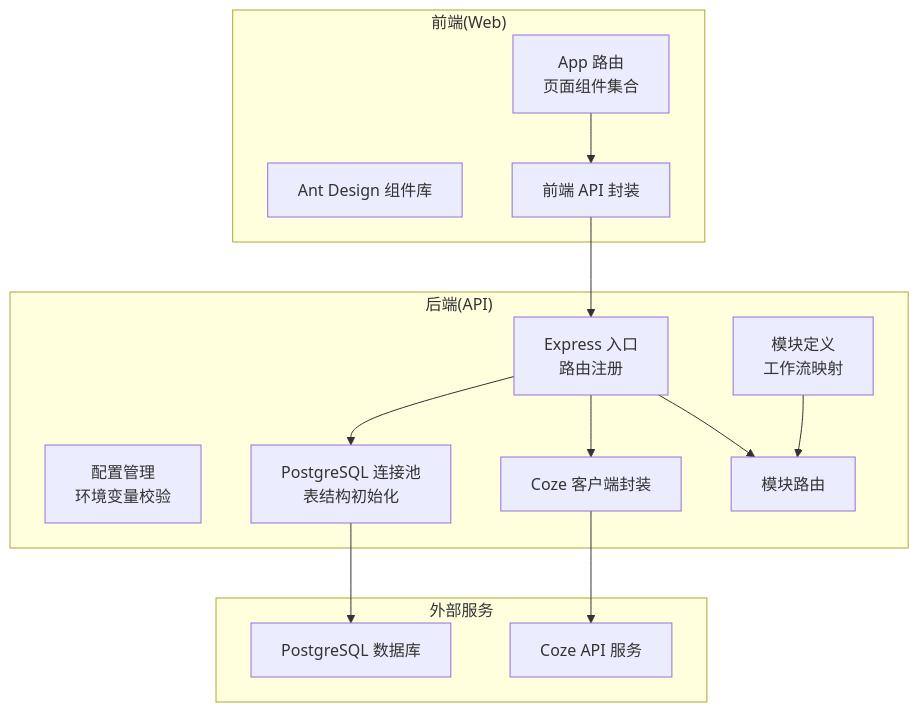
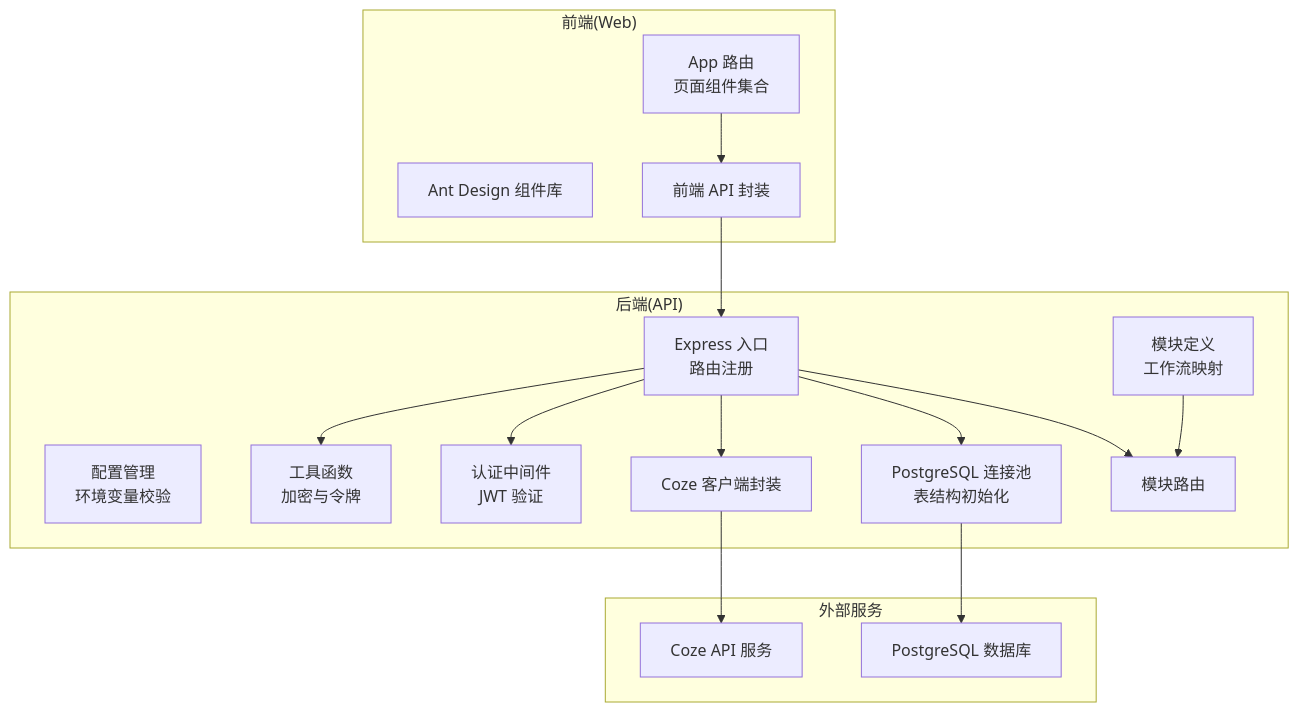
One commit to hanksd769-droid/sailshub changed the first of 8 diagrams in .qoder/repowiki/zh/content/项目概述/项目介绍.md. Above: the diagram before and after it, drawn with Mermaid. The commit also changed other lines of this file and 4 other files, not shown here.

````diff
--- a/.qoder/repowiki/zh/content/项目概述/项目介绍.md
+++ b/.qoder/repowiki/zh/content/项目概述/项目介绍.md
@@ -44,28 +48,32 @@
 ```mermaid
 graph TB
 subgraph "前端(Web)"
 APP["App 路由<br/>页面组件集合"]
 UI["Ant Design 组件库"]
 API["前端 API 封装"]
 end
 subgraph "后端(API)"
 IDX["Express 入口<br/>路由注册"]
 CFG["配置管理<br/>环境变量校验"]
 COZE["Coze 客户端封装"]
 DB["PostgreSQL 连接池<br/>表结构初始化"]
 MOD["模块定义<br/>工作流映射"]
 RT_MOD["模块路由"]
+AUTH["认证中间件<br/>JWT 验证"]
+UTIL["工具函数<br/>加密与令牌"]
 end
 subgraph "外部服务"
 PG["PostgreSQL 数据库"]
 COZE_API["Coze API 服务"]
 end
 APP --> API
 API --> IDX
 IDX --> RT_MOD
 IDX --> DB
 IDX --> COZE
+IDX --> AUTH
+IDX --> UTIL
 COZE --> COZE_API
 DB --> PG
 MOD --> RT_MOD
 ```
````
